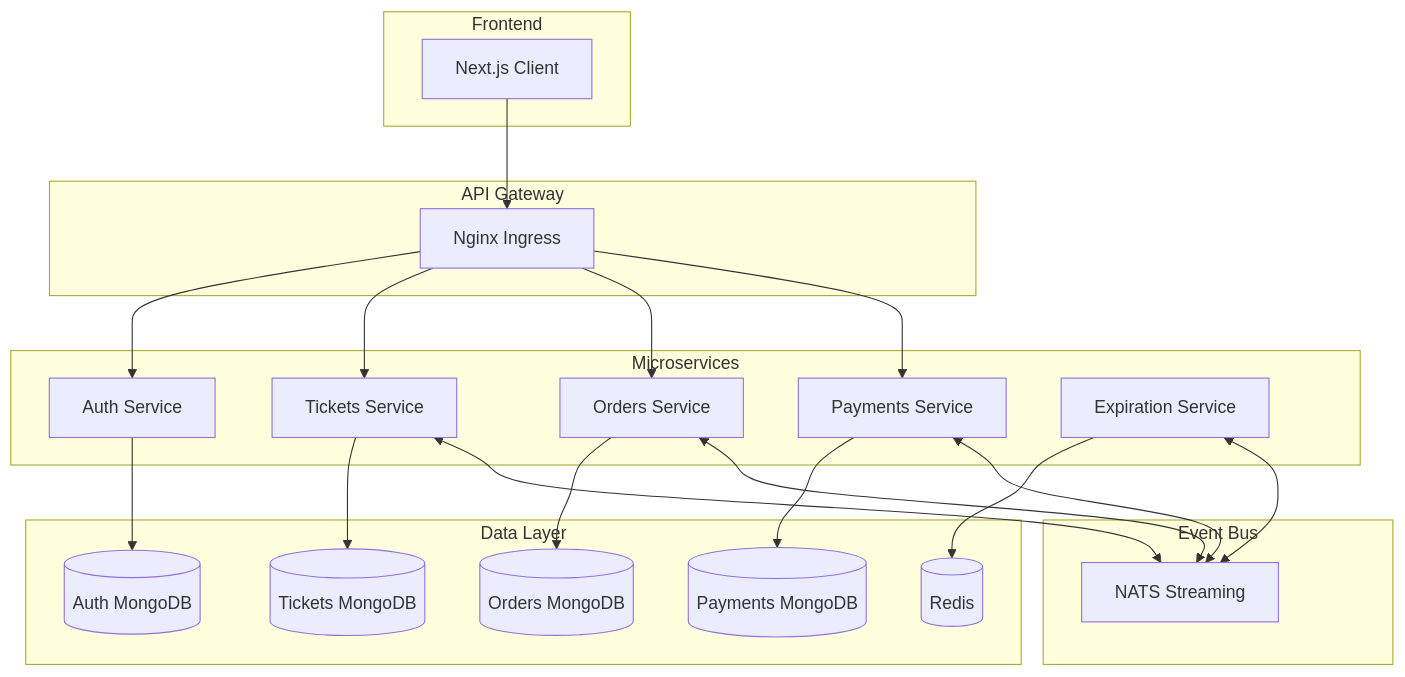
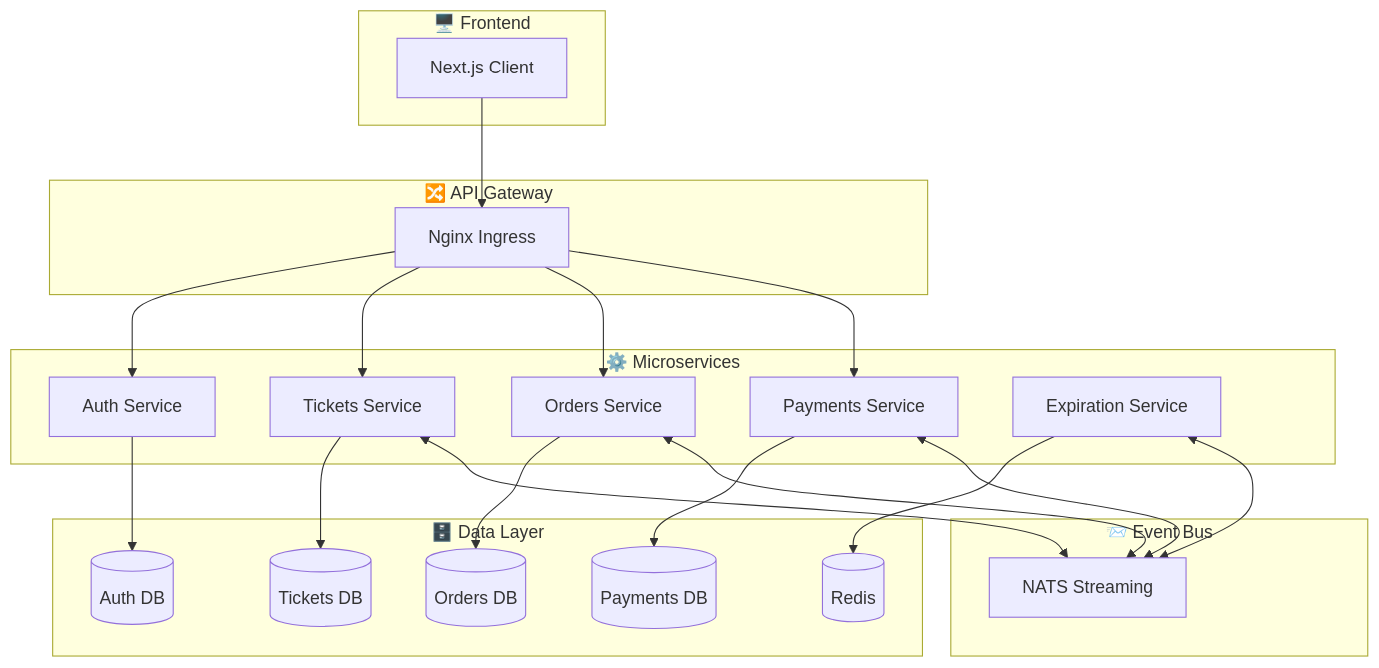
One commit to Ankiitsingh21/ShowSphere changed the first of 4 diagrams in README.md. Above: the diagram before and after it, drawn with Mermaid. The commit also changed other lines of this file, not shown here.

````diff
--- a/README.md
+++ b/README.md
@@ -237,79 +141,42 @@
 ```mermaid
+graph TB
+  subgraph Client["🖥️ Frontend"]
+    C[Next.js Client]
+  end
 
-graph TB
+  subgraph Gateway["🔀 API Gateway"]
+    I[Nginx Ingress]
+  end
 
-subgraph Client["Frontend"]
+  subgraph Services["⚙️ Microservices"]
+    A[Auth Service]
+    T[Tickets Service]
+    O[Orders Service]
+    P[Payments Service]
+    E[Expiration Service]
+  end
 
-C[Next.js Client]
+  subgraph Databases["🗄️ Data Layer"]
+    MA[(Auth DB)]
+    MT[(Tickets DB)]
+    MO[(Orders DB)]
+    MP[(Payments DB)]
+    R[(Redis)]
+  end
 
-end
+  subgraph Messaging["📨 Event Bus"]
+    N[NATS Streaming]
+  end
 
-subgraph Gateway["API Gateway"]
-
-I[Nginx Ingress]
-
-end
-
-subgraph Services["Microservices"]
-
-A[Auth Service]
-
-T[Tickets Service]
-
-O[Orders Service]
-
-P[Payments Service]
-
-E[Expiration Service]
-
-end
-
-subgraph Databases["Data Layer"]
-
-MA[(Auth MongoDB)]
-
-MT[(Tickets MongoDB)]
-
-MO[(Orders MongoDB)]
-
-MP[(Payments MongoDB)]
-
-R[(Redis)]
-
-end
-
-subgraph Messaging["Event Bus"]
-
-N[NATS Streaming]
-
-end
-
-C --> I
-
-I --> A
-
-I --> T
-
-I --> O
-
-I --> P
-
-A --> MA
-
-T --> MT
-
-O --> MO
-
-P --> MP
-
-E --> R
-
-T <--> N
-
-O <--> N
-
-P <--> N
-
-E <--> N
-
+  C --> I
+  I --> A & T & O & P
+  A --> MA
+  T --> MT
+  O --> MO
+  P --> MP
+  E --> R
+  T <--> N
+  O <--> N
+  P <--> N
+  E <--> N
 ```
````
